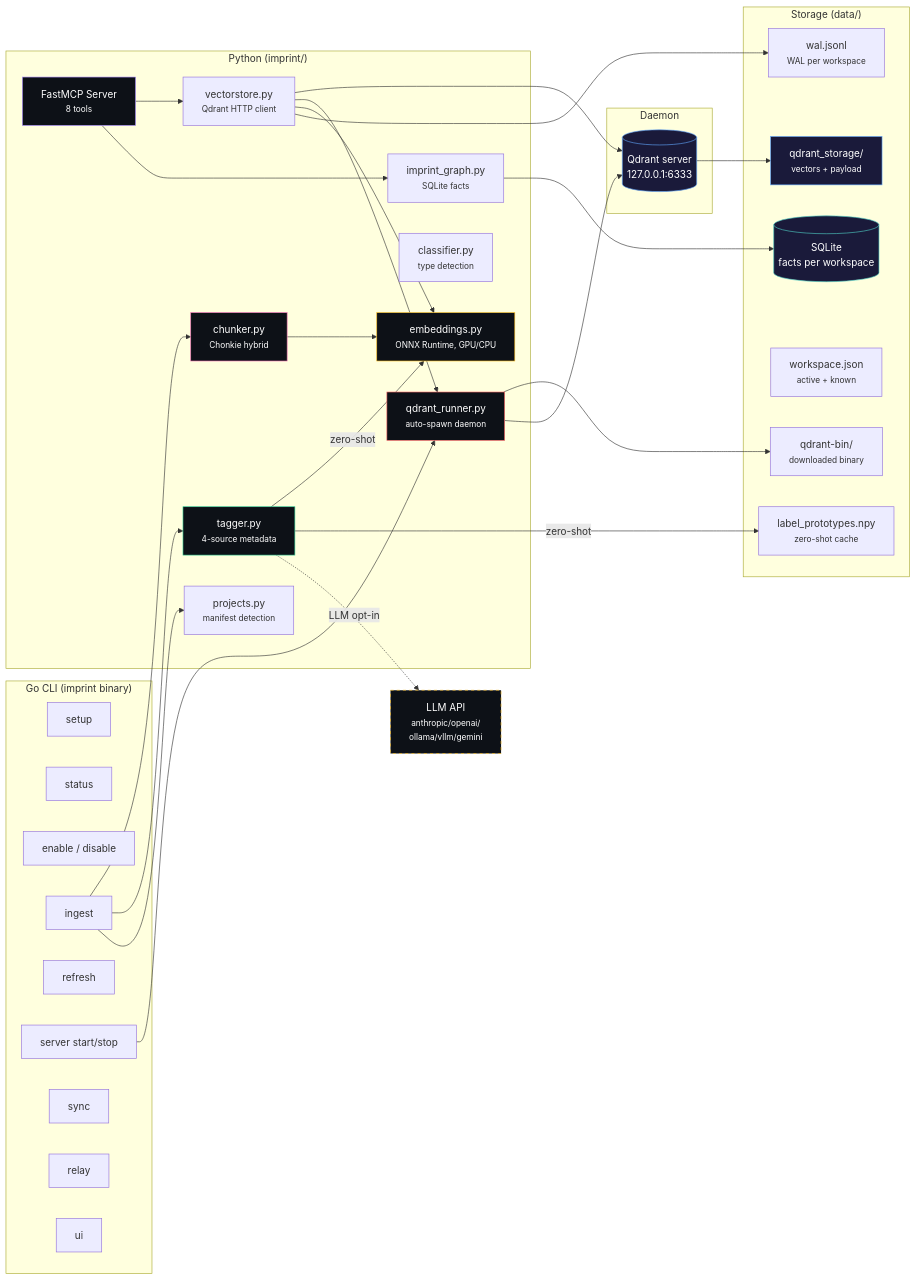
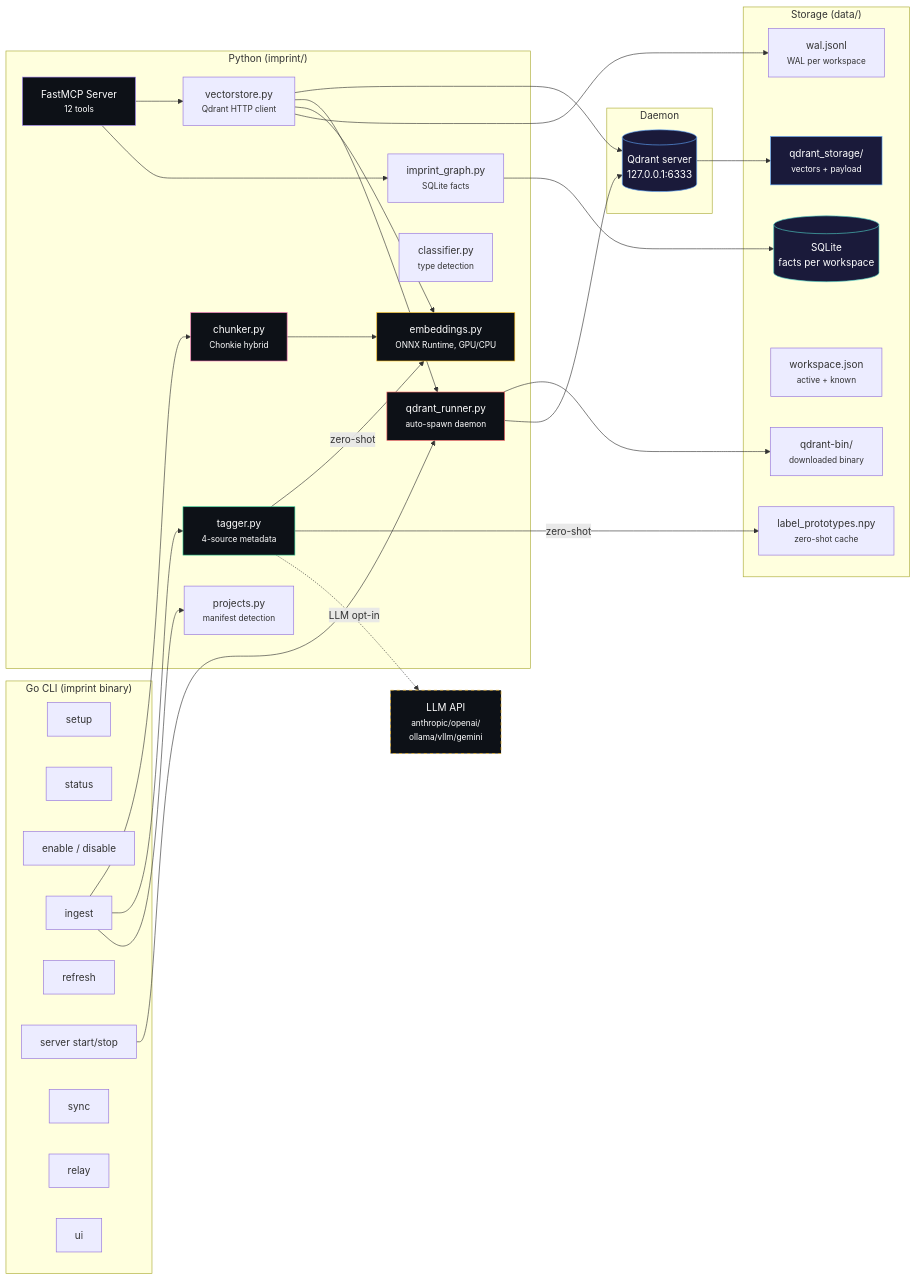
The first of 3 diagrams in docs/architecture.md (alexandruleca/imprint-memory-layer), drawn with Mermaid before and after one commit. The commit also changed other lines of this file and 35 other files, not shown here.

````diff
--- a/docs/architecture.md
+++ b/docs/architecture.md
@@ -5,64 +5,64 @@
 ```mermaid
 graph LR
     subgraph "Go CLI (imprint binary)"
         SETUP[setup]
         STATUS[status]
         ENABLE[enable / disable]
         INGEST[ingest]
         REFRESH[refresh]
         SERVER[server start/stop]
         SYNC[sync]
         RELAY[relay]
         UI[ui]
     end
 
     subgraph "Python (imprint/)"
-        MCP[FastMCP Server<br/><small>8 tools</small>]
+        MCP[FastMCP Server<br/><small>12 tools</small>]
         VS[vectorstore.py<br/><small>Qdrant HTTP client</small>]
         QR[qdrant_runner.py<br/><small>auto-spawn daemon</small>]
         EMB[embeddings.py<br/><small>ONNX Runtime, GPU/CPU</small>]
         KG[imprint_graph.py<br/><small>SQLite facts</small>]
         CHK[chunker.py<br/><small>Chonkie hybrid</small>]
         TAG[tagger.py<br/><small>4-source metadata</small>]
         CLS[classifier.py<br/><small>type detection</small>]
         PRJ[projects.py<br/><small>manifest detection</small>]
     end
 
     subgraph "Daemon"
         QSRV[(Qdrant server<br/>127.0.0.1:6333)]
     end
 
     subgraph "Storage (data/)"
         QSTORE[qdrant_storage/<br/><small>vectors + payload</small>]
         SQLITE[(SQLite<br/>facts per workspace)]
         WAL[wal.jsonl<br/><small>WAL per workspace</small>]
         WSCFG[workspace.json<br/><small>active + known</small>]
         PROTO[label_prototypes.npy<br/><small>zero-shot cache</small>]
         QBIN[qdrant-bin/<br/><small>downloaded binary</small>]
     end
 
     MCP --> VS --> QSRV --> QSTORE
     MCP --> KG --> SQLITE
     VS --> QR
     QR --> QBIN
     QR --> QSRV
     VS --> EMB
     VS --> WAL
     INGEST --> CHK --> EMB
     INGEST --> TAG
     TAG --zero-shot--> EMB
     TAG --zero-shot--> PROTO
     TAG -.LLM opt-in.-> LLM_API[LLM API<br/><small>anthropic/openai/<br/>ollama/vllm/gemini</small>]
     INGEST --> PRJ
     SERVER --> QR
 
     style QSRV fill:#1a1a3a,stroke:#60a5fa,color:#fff
     style QSTORE fill:#1a1a3a,stroke:#60a5fa,color:#fff
     style SQLITE fill:#1a1a3a,stroke:#4ecdc4,color:#fff
     style MCP fill:#0d1117,stroke:#a78bfa,color:#fff
     style EMB fill:#0d1117,stroke:#fbbf24,color:#fff
     style CHK fill:#0d1117,stroke:#f472b6,color:#fff
     style TAG fill:#0d1117,stroke:#34d399,color:#fff
     style QR fill:#0d1117,stroke:#ff6b6b,color:#fff
     style LLM_API fill:#0d1117,stroke:#fbbf24,color:#fff,stroke-dasharray: 5 5
 ```
````
